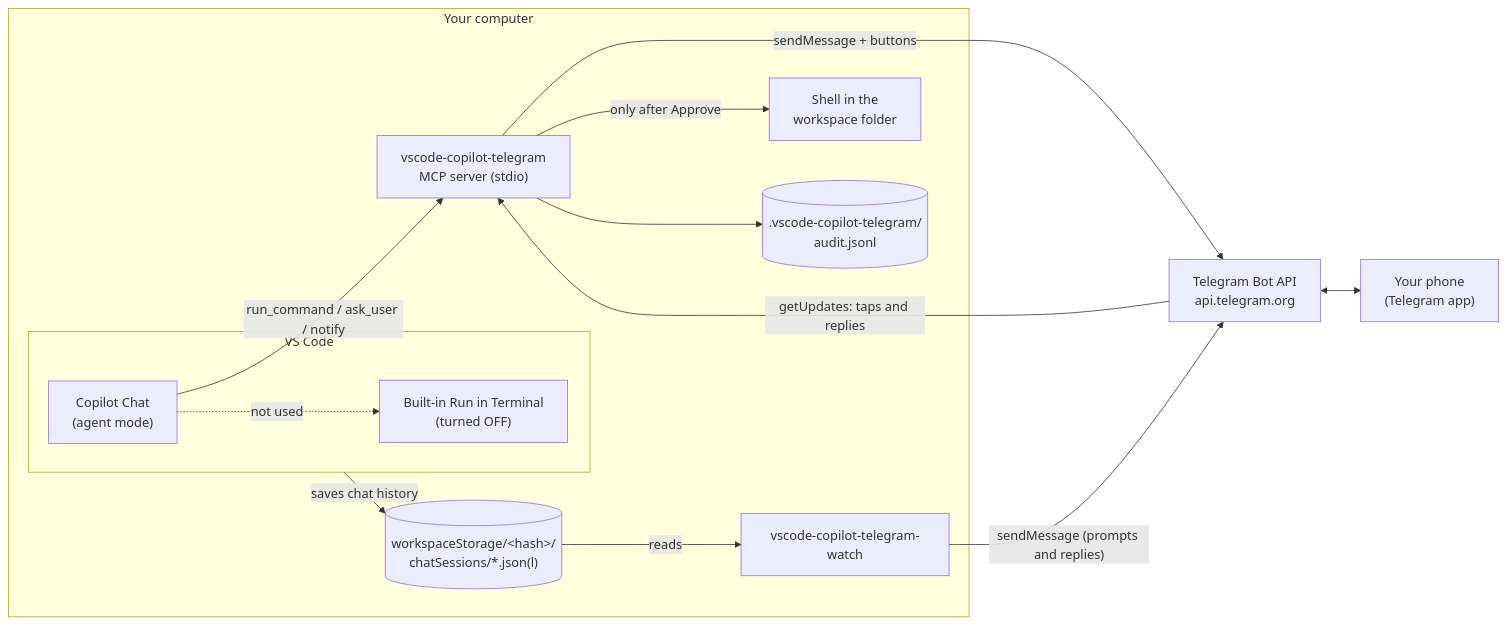
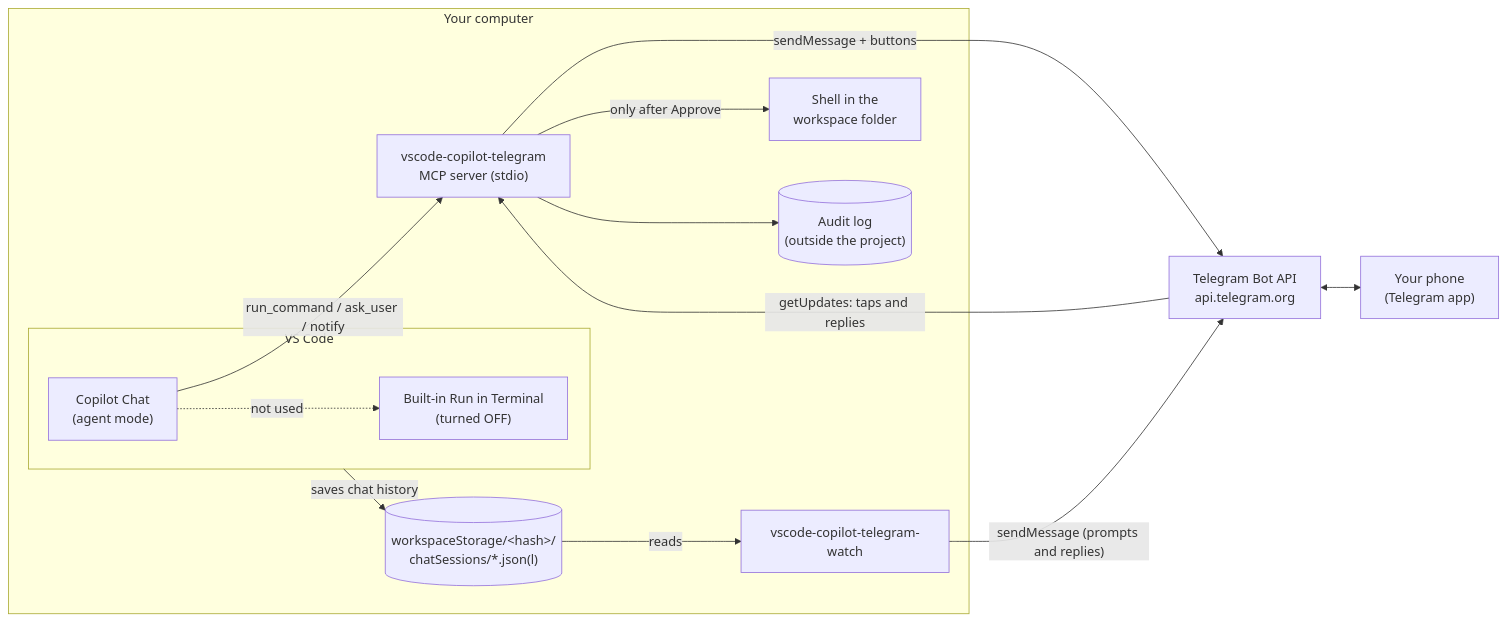
The diagram in README.md (weslylaboy/vscode-copilot-telegram), drawn with Mermaid before and after one commit. The commit also changed other lines of this file and 8 other files, not shown here.

First line of the commit message:
Document the audit log move, accept checks, and edit approval

````diff
--- a/README.md
+++ b/README.md
@@ -16,27 +16,27 @@
 ```mermaid
 flowchart LR
     subgraph PC["Your computer"]
         subgraph VSC["VS Code"]
             CP["Copilot Chat<br/>(agent mode)"]
             BT["Built-in Run in Terminal<br/>(turned OFF)"]
         end
         MCP["vscode-copilot-telegram<br/>MCP server (stdio)"]
         SH["Shell in the<br/>workspace folder"]
         CS[("workspaceStorage/&lt;hash&gt;/<br/>chatSessions/*.json(l)")]
         W["vscode-copilot-telegram-watch"]
-        AL[(".vscode-copilot-telegram/<br/>audit.jsonl")]
+        AL[("Audit log<br/>(outside the project)")]
     end
     TG["Telegram Bot API<br/>api.telegram.org"]
     PH["Your phone<br/>(Telegram app)"]
 
     CP -- "run_command / ask_user / notify" --> MCP
     CP -. "not used" .-> BT
     MCP -- "sendMessage + buttons" --> TG
     TG -- "getUpdates: taps and replies" --> MCP
     MCP -- "only after Approve" --> SH
     MCP --> AL
     VSC -- "saves chat history" --> CS
     CS -- "reads" --> W
     W -- "sendMessage (prompts and replies)" --> TG
     TG <--> PH
 ```
````
